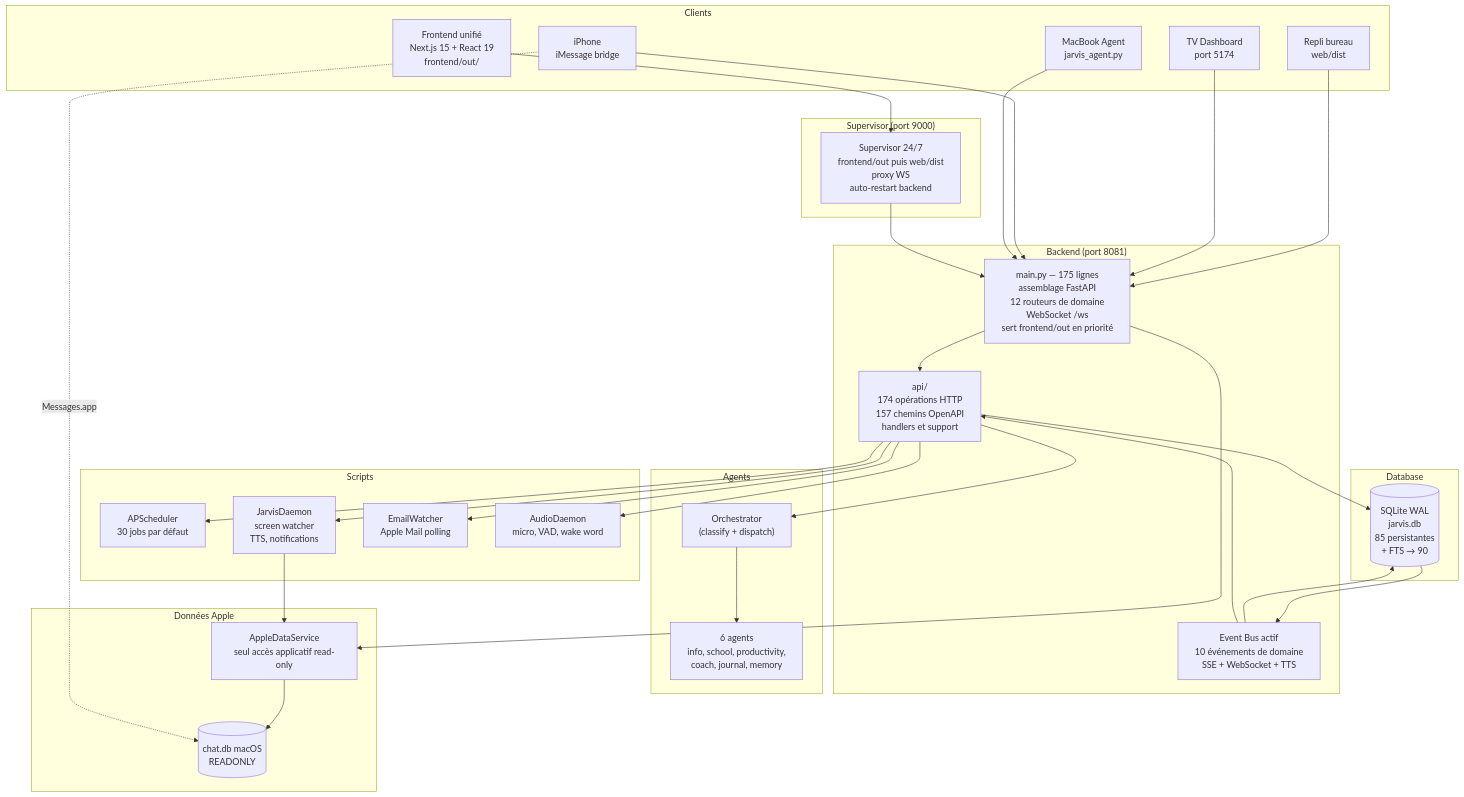
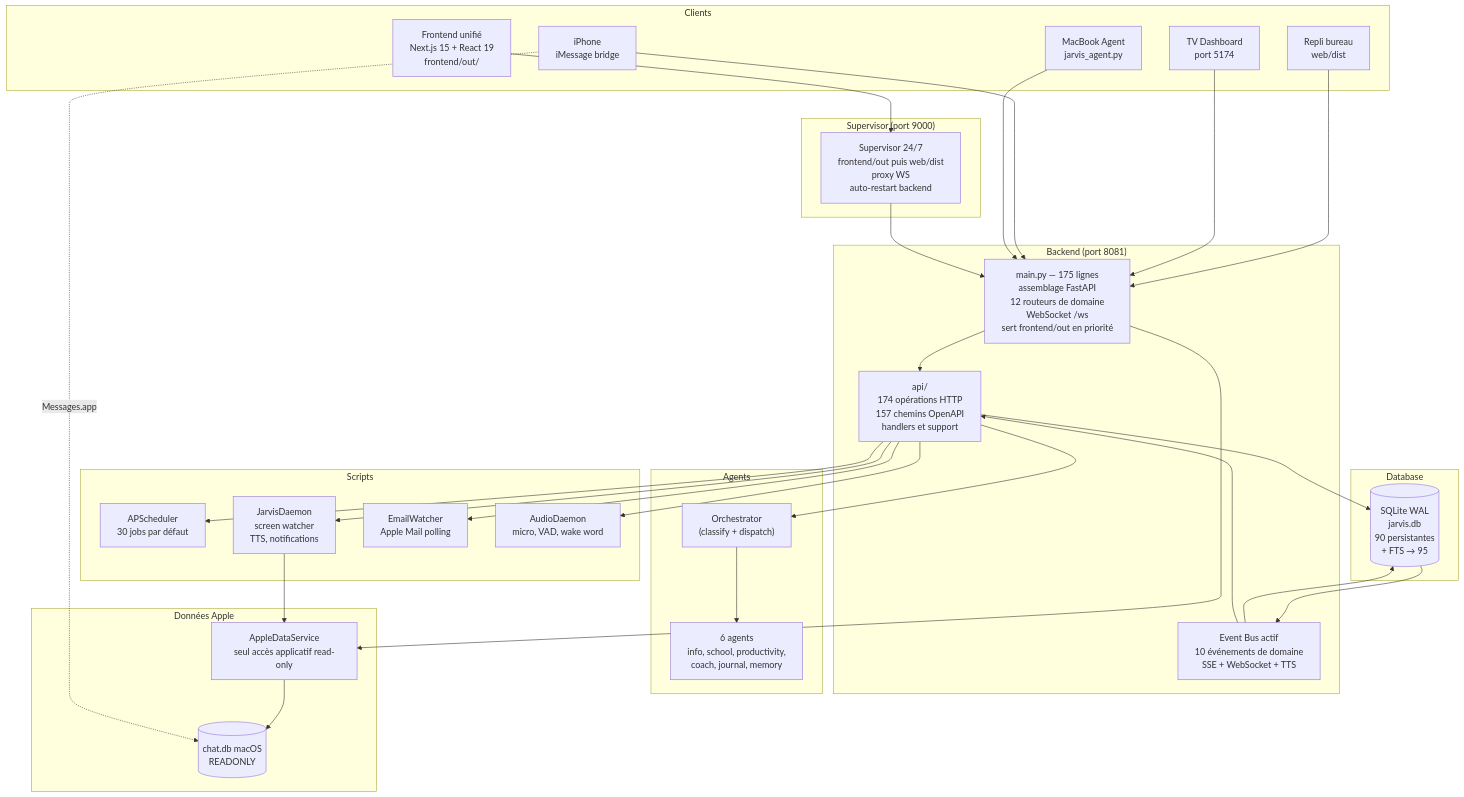
Before and after one commit to AVTAVANTTOUT2/JarvisAPI: the first of 2 diagrams in Architecture/INDEX.md, drawn with Mermaid. The commit also changed other lines of this file and 10 other files, not shown here.

Commit message:
ci: enforce generated database architecture truth

````diff
--- a/Architecture/INDEX.md
+++ b/Architecture/INDEX.md
@@ -110,63 +110,63 @@
 ```mermaid
 graph TB
     subgraph "Clients"
         FRONT["Frontend unifié<br/>Next.js 15 + React 19<br/>frontend/out/"]
         LEGACY["Repli bureau<br/>web/dist"]
         TV["TV Dashboard<br/>port 5174"]
         IMESSAGE["iPhone<br/>iMessage bridge"]
         AGENT["MacBook Agent<br/>jarvis_agent.py"]
     end
 
     subgraph "Supervisor (port 9000)"
         SUP["Supervisor 24/7<br/>frontend/out puis web/dist<br/>proxy WS<br/>auto-restart backend"]
     end
 
     subgraph "Backend (port 8081)"
         MAIN["main.py — 175 lignes<br/>assemblage FastAPI<br/>12 routeurs de domaine<br/>WebSocket /ws<br/>sert frontend/out en priorité"]
         API["api/<br/>174 opérations HTTP<br/>157 chemins OpenAPI<br/>handlers et support"]
         BUS["Event Bus actif<br/>10 événements de domaine<br/>SSE + WebSocket + TTS"]
     end
 
     subgraph "Agents"
         ORCH["Orchestrator<br/>(classify + dispatch)"]
         AG["6 agents<br/>info, school, productivity,<br/>coach, journal, memory"]
     end
 
     subgraph "Database"
-        DB[(SQLite WAL<br/>jarvis.db<br/>85 persistantes<br/>+ FTS → 90)]
+        DB[(SQLite WAL<br/>jarvis.db<br/>90 persistantes<br/>+ FTS → 95)]
     end
 
     subgraph "Données Apple"
         APPLE["AppleDataService<br/>seul accès applicatif read-only"]
         CHATDB[(chat.db macOS<br/>READONLY)]
     end
 
     subgraph "Scripts"
         SCHED["APScheduler<br/>30 jobs par défaut"]
         DAEMON["JarvisDaemon<br/>screen watcher<br/>TTS, notifications"]
         EMAILW["EmailWatcher<br/>Apple Mail polling"]
         AUDIOD["AudioDaemon<br/>micro, VAD, wake word"]
     end
 
     FRONT --> SUP
     LEGACY --> MAIN
     TV --> MAIN
     IMESSAGE --> MAIN
     AGENT --> MAIN
     SUP --> MAIN
     MAIN --> API
     API --> ORCH
     ORCH --> AG
     API --> DB
     DB --> BUS
     BUS --> DB
     BUS --> API
     API --> SCHED
     API --> DAEMON
     API --> EMAILW
     API --> AUDIOD
     MAIN --> APPLE
     DAEMON --> APPLE
     APPLE --> CHATDB
     IMESSAGE -. "Messages.app" .-> CHATDB
 ```
````
